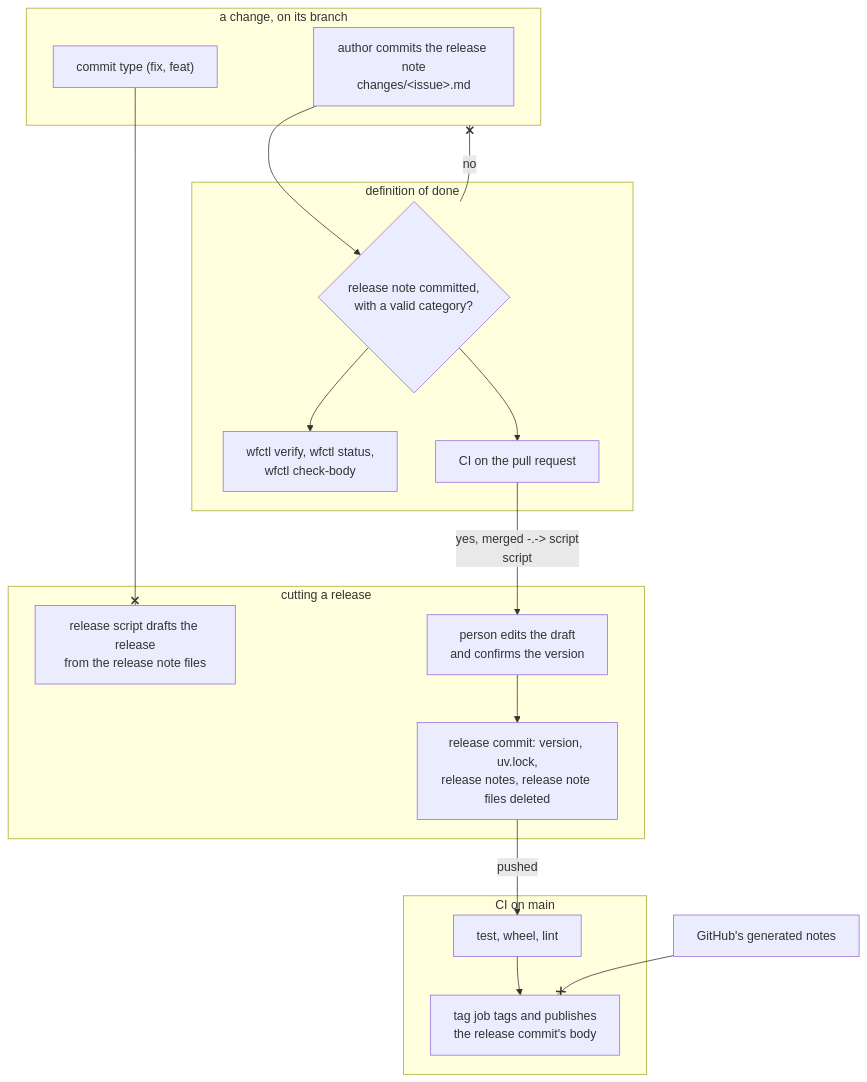
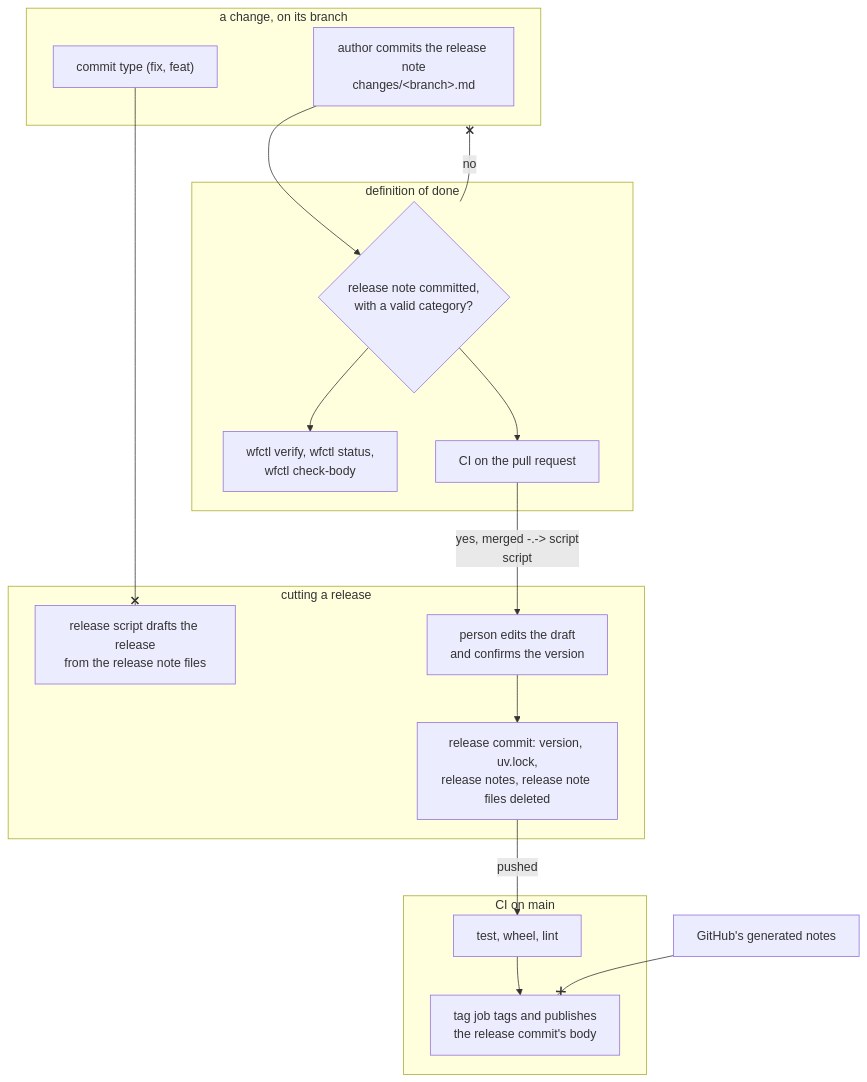
Before and after one commit to aamarin/wfctl: the diagram in docs/architecture/change-carries-release-note.md, drawn with Mermaid. The commit also changed other lines of this file, not shown here.

First line of the commit message:
docs(architecture): name the release note for the branch, not the issue (#571)

````diff
--- a/docs/architecture/change-carries-release-note.md
+++ b/docs/architecture/change-carries-release-note.md
@@ -158,30 +161,30 @@
 ```mermaid
 flowchart TB
   subgraph change["a change, on its branch"]
-    author["author commits the release note<br/>changes/&lt;issue&gt;.md"]
+    author["author commits the release note<br/>changes/&lt;branch&gt;.md"]
     type["commit type (fix, feat)"]
   end
   subgraph done["definition of done"]
     verify{"release note committed,<br/>with a valid category?"}
     local["wfctl verify, wfctl status,<br/>wfctl check-body"]
     ci["CI on the pull request"]
   end
   subgraph cut["cutting a release"]
     script["release script drafts the release<br/>from the release note files"]
     person["person edits the draft<br/>and confirms the version"]
     commit["release commit: version, uv.lock,<br/>release notes, release note files deleted"]
   end
   subgraph main["CI on main"]
     tests["test, wheel, lint"]
     tag["tag job tags and publishes<br/>the release commit's body"]
   end
   author --> verify
   verify --> local
   verify --> ci
   verify -- "no" --x change
   ci -- "yes, merged" -.-> script
   script --> person --> commit
   commit -- "pushed" --> tests --> tag
   type --x script
   generated["GitHub's generated notes"] --x tag
 ```
````
